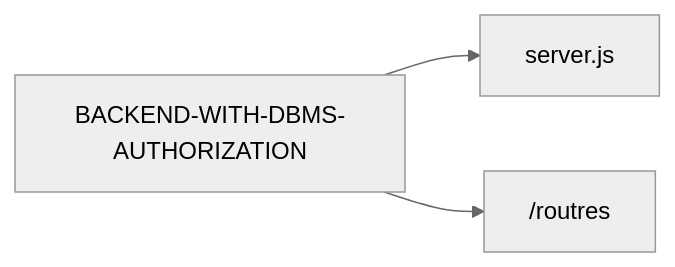
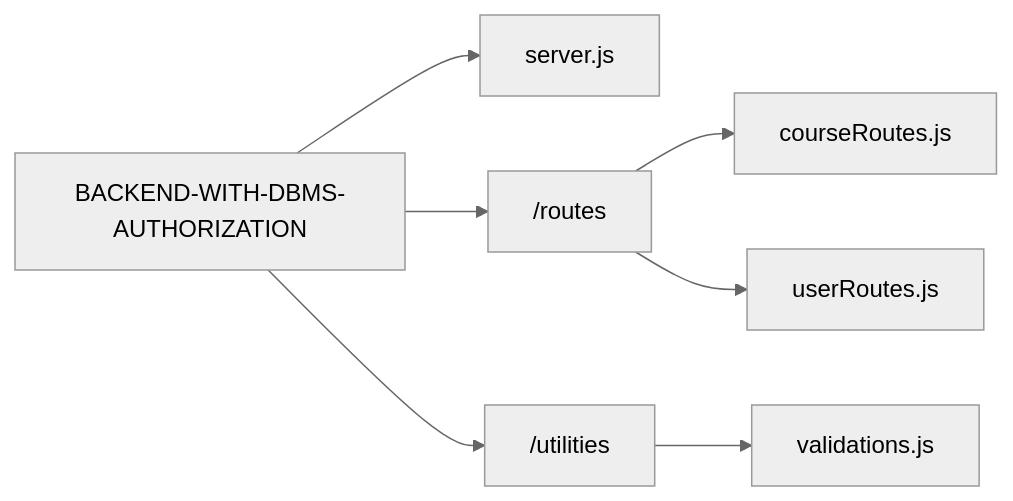
One commit to FahmidaHamid/backend-with-dbms-authorization changed the diagram in README.md. Above: the diagram before and after it, drawn with Mermaid (neutral theme).

Commit message:
updating the readme with the next phase

````diff
--- a/README.md
+++ b/README.md
@@ -301,7 +301,13 @@
 ```mermaid
 graph LR;
 
 BACKEND-WITH-DBMS-AUTHORIZATION --> server.js;
-BACKEND-WITH-DBMS-AUTHORIZATION --> /routres;
+BACKEND-WITH-DBMS-AUTHORIZATION --> /routes;
+BACKEND-WITH-DBMS-AUTHORIZATION --> /utilities;
+
+/routes --> courseRoutes.js;
+/routes --> userRoutes.js;
+
+/utilities --> validations.js
 
 ```
````
